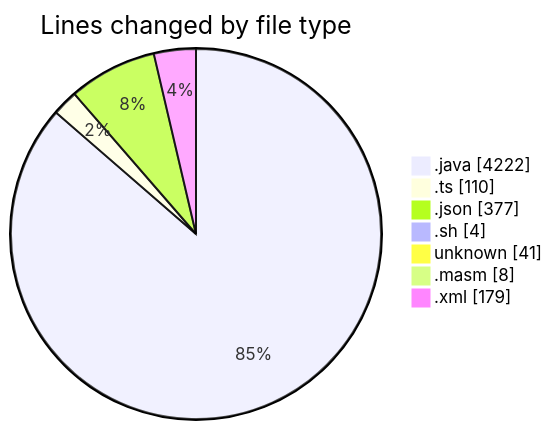
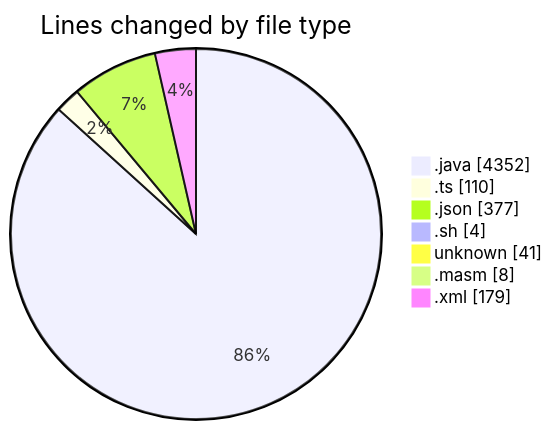
Before and after one commit to charlie-sans/code-tracking: the first of 2 diagrams in 2025-02-20/micros/README.md, drawn with Mermaid. The commit also changed other lines of this file and 1 other file, not shown here.

````diff
--- a/2025-02-20/micros/README.md
+++ b/2025-02-20/micros/README.md
@@ -40,11 +40,11 @@
 ```mermaid
 pie showData
 title Lines changed by file type
-".java" : 4222
+".java" : 4352
 ".ts" : 110
 ".json" : 377
 ".sh" : 4
 "unknown" : 41
 ".masm" : 8
 ".xml" : 179
 ```
````
